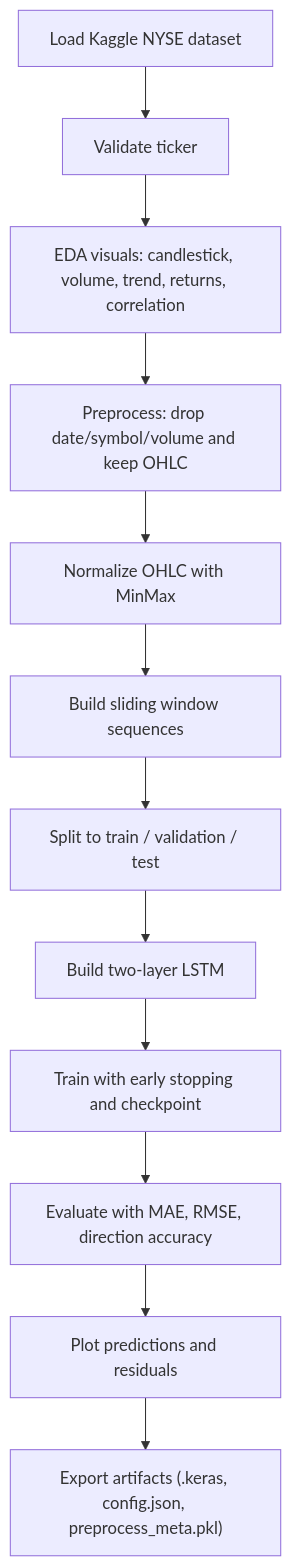
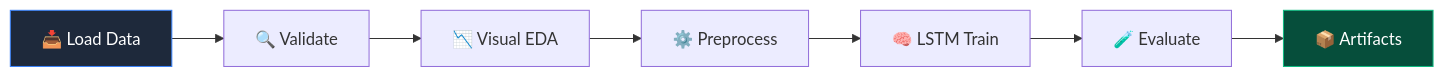
Before and after one commit to Seventie/New-York-Stock-Prediction---LSTM-: the first of 2 diagrams in README.md, drawn with Mermaid. The commit also changed other lines of this file, not shown here.

First line of the commit message:
Revise README for NYSE Stock Forecasting project

````diff
--- a/README.md
+++ b/README.md
@@ -24,14 +30,12 @@
 ```mermaid
-flowchart TD
-    A["Load Kaggle NYSE dataset"] --> B["Validate ticker"]
-    B --> C["EDA visuals: candlestick, volume, trend, returns, correlation"]
-    C --> D["Preprocess: drop date/symbol/volume and keep OHLC"]
-    D --> E["Normalize OHLC with MinMax"]
-    E --> F["Build sliding window sequences"]
-    F --> G["Split to train / validation / test"]
-    G --> H["Build two-layer LSTM"]
-    H --> I["Train with early stopping and checkpoint"]
-    I --> J["Evaluate with MAE, RMSE, direction accuracy"]
-    J --> K["Plot predictions and residuals"]
-    K --> L["Export artifacts (.keras, config.json, preprocess_meta.pkl)"]
+flowchart LR
+    A["📥 Load Data"] --> B["🔍 Validate"]
+    B --> C["📉 Visual EDA"]
+    C --> D["⚙️ Preprocess"]
+    D --> E["🧠 LSTM Train"]
+    E --> F["🧪 Evaluate"]
+    F --> G["📦 Artifacts"]
+
+    style A fill:#1e293b,stroke:#3b82f6,color:#fff
+    style G fill:#064e3b,stroke:#10b981,color:#fff
 ```
````
